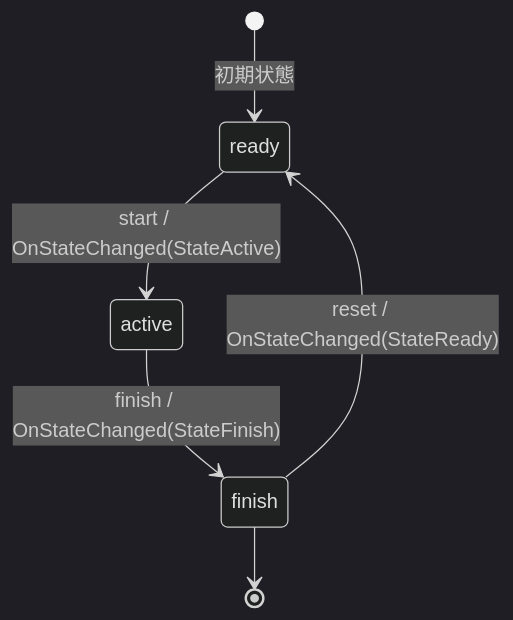
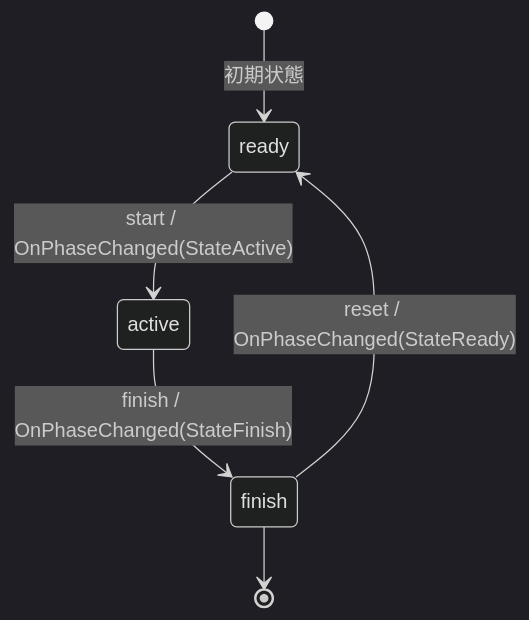
Before and after one commit to mormorbump/FsmStateMachineSample: the fourth of 8 diagrams in docs/README.md, drawn with Mermaid (dark theme). The commit also changed other lines of this file and 41 other files, not shown here.

````diff
--- a/docs/README.md
+++ b/docs/README.md
@@ -424,8 +415,8 @@
 ```mermaid
 stateDiagram-v2
     [*] --> ready: 初期状態
-    ready --> active: start / OnStateChanged(StateActive)
-    active --> finish: finish / OnStateChanged(StateFinish)
-    finish --> ready: reset / OnStateChanged(StateReady)
+    ready --> active: start / OnPhaseChanged(StateActive)
+    active --> finish: finish / OnPhaseChanged(StateFinish)
+    finish --> ready: reset / OnPhaseChanged(StateReady)
     finish --> [*]
 ```
````
